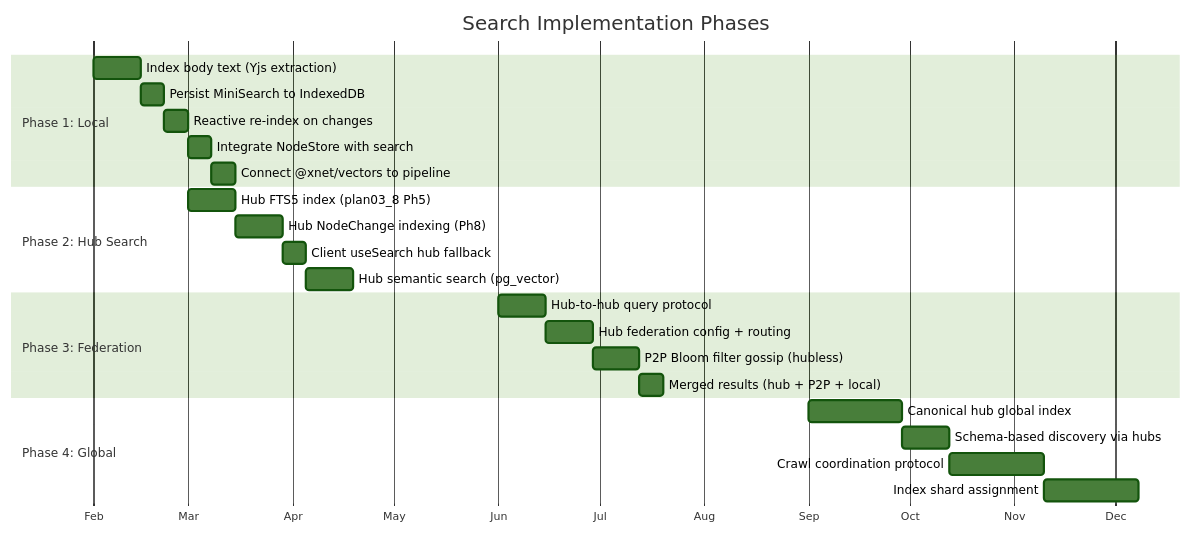
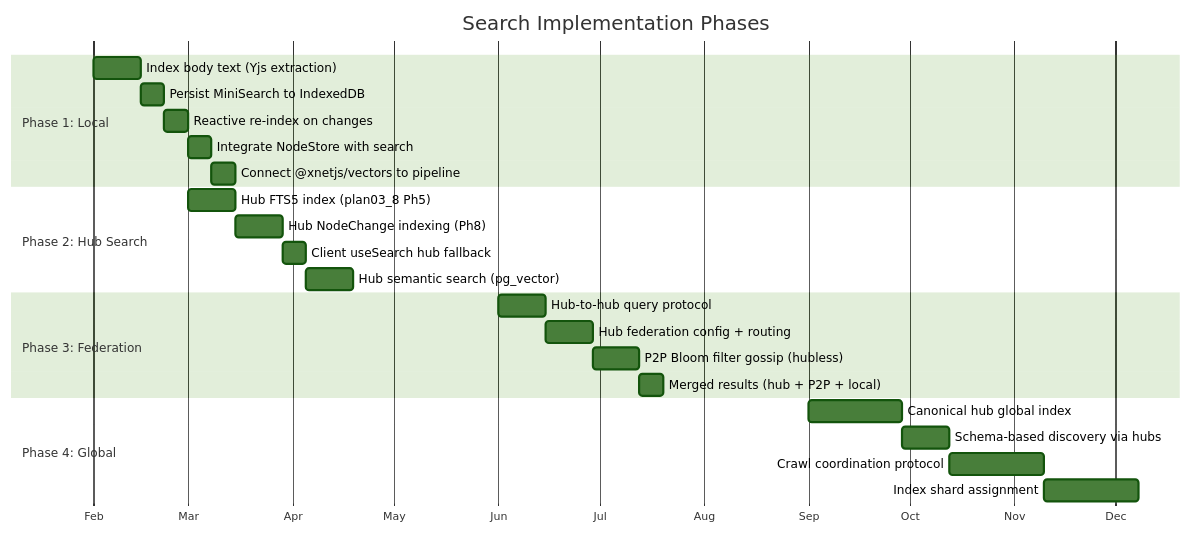
Before and after one commit to crs48/xNet: diagram 12 of 12 in docs/explorations/0023_[_]_DECENTRALIZED_SEARCH.md, drawn with Mermaid (forest theme). The commit also changed other lines of this file and 980 other files, not shown here.

````diff
--- a/docs/explorations/0023_[_]_DECENTRALIZED_SEARCH.md
+++ b/docs/explorations/0023_[_]_DECENTRALIZED_SEARCH.md
@@ -918,31 +918,31 @@
 ```mermaid
 gantt
     title Search Implementation Phases
     dateFormat YYYY-MM
     axisFormat %b
 
     section Phase 1: Local
     Index body text (Yjs extraction)    :p1a, 2026-02, 2w
     Persist MiniSearch to IndexedDB     :p1b, after p1a, 1w
     Reactive re-index on changes        :p1c, after p1b, 1w
     Integrate NodeStore with search     :p1d, after p1c, 1w
-    Connect @xnet/vectors to pipeline   :p1e, after p1d, 1w
+    Connect @xnetjs/vectors to pipeline   :p1e, after p1d, 1w
 
     section Phase 2: Hub Search
     Hub FTS5 index (plan03_8 Ph5)   :p2a, 2026-03, 2w
     Hub NodeChange indexing (Ph8)       :p2b, after p2a, 2w
     Client useSearch hub fallback       :p2c, after p2b, 1w
     Hub semantic search (pg_vector)     :p2d, after p2c, 2w
 
     section Phase 3: Federation
     Hub-to-hub query protocol           :p3a, 2026-06, 2w
     Hub federation config + routing     :p3b, after p3a, 2w
     P2P Bloom filter gossip (hubless)   :p3c, after p3b, 2w
     Merged results (hub + P2P + local)  :p3d, after p3c, 1w
 
     section Phase 4: Global
     Canonical hub global index          :p4a, 2026-09, 4w
     Schema-based discovery via hubs     :p4b, after p4a, 2w
     Crawl coordination protocol         :p4c, after p4b, 4w
     Index shard assignment              :p4d, after p4c, 4w
 ```
````
